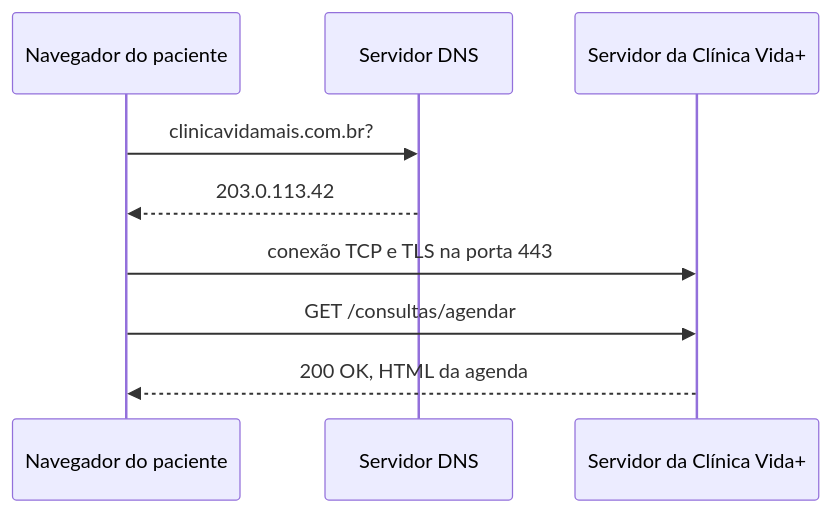
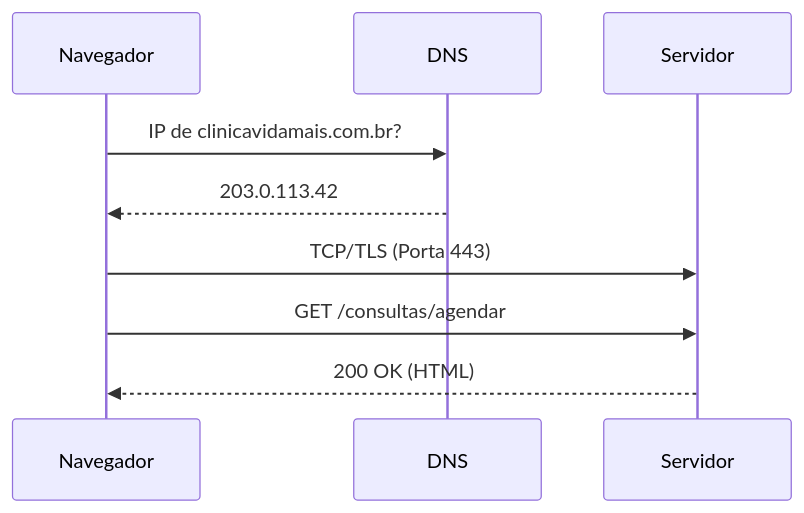
Before and after one commit to Kalleu-10/uninove-2026-2-clinica-vida: the diagram in docs/arquitetura.md, drawn with Mermaid.

````diff
--- a/docs/arquitetura.md
+++ b/docs/arquitetura.md
@@ -2,13 +2,13 @@
 ```mermaid
 
 sequenceDiagram
-participant N as Navegador do paciente
-participant D as Servidor DNS
-participant S as Servidor da Clínica Vida+
-N->>D: clinicavidamais.com.br?
-D-->>N: 203.0.113.42
-N->>S: conexão TCP e TLS na porta 443
-N->>S: GET /consultas/agendar
-S-->>N: 200 OK, HTML da agenda
+    participant N as Navegador
+    participant D as DNS
+    participant S as Servidor
+    N->>D: IP de clinicavidamais.com.br?
+    D-->>N: 203.0.113.42
+    N->>S: TCP/TLS (Porta 443)
+    N->>S: GET /consultas/agendar
+    S-->>N: 200 OK (HTML)
 
 ```
````
